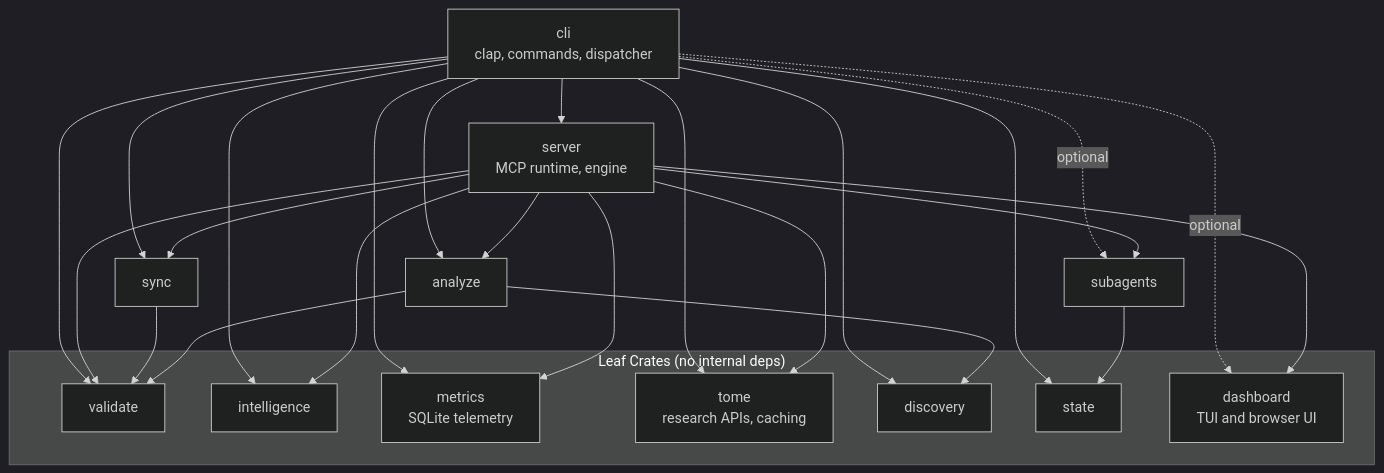
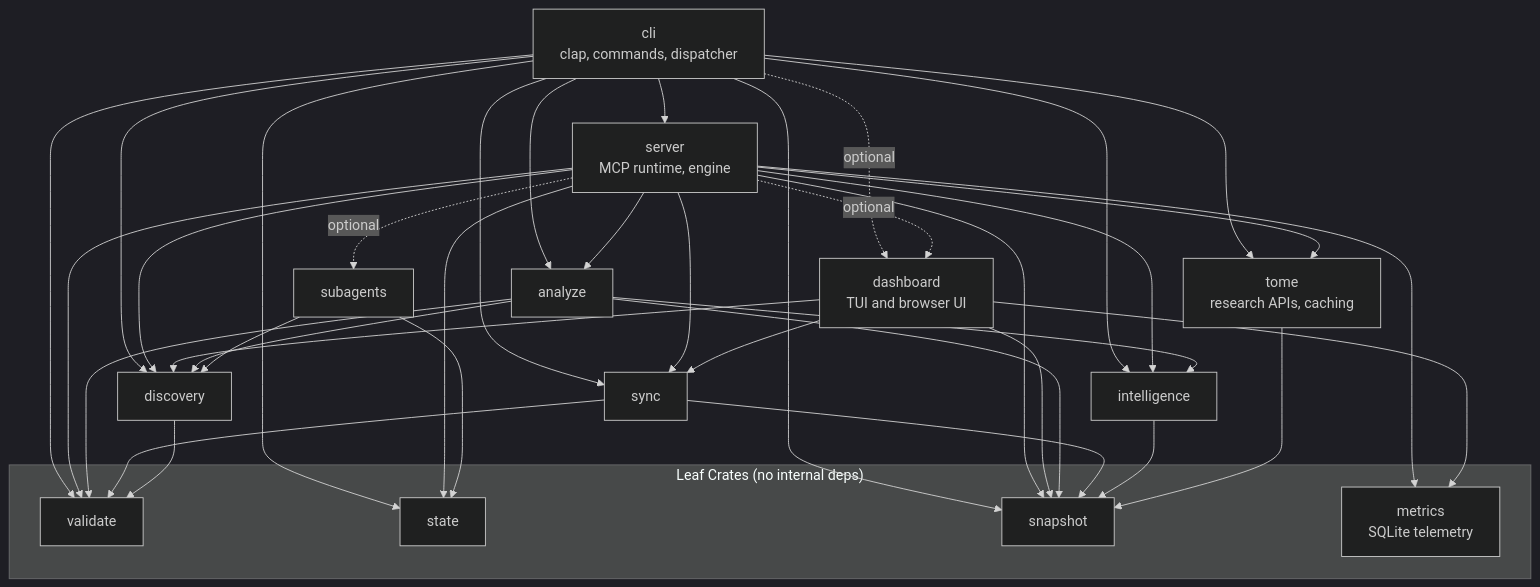
The second of 2 diagrams in docs/architecture.md (athola/skrills), drawn with Mermaid (dark theme) before and after one commit. The commit also changed other lines of this file and 28 other files, not shown here.

First line of the commit message:
fix(discovery,validate): close review findings in shared crates, CI and docs

````diff
--- a/docs/architecture.md
+++ b/docs/architecture.md
@@ -22,29 +25,31 @@
 ```mermaid
 graph TD
     cli[cli<br/>clap, commands, dispatcher] --> server[server<br/>MCP runtime, engine]
     cli --> sync & validate & analyze & intelligence
-    cli --> metrics & tome & discovery & state
-    cli -. optional .-> subagents & dashboard
+    cli --> tome & discovery & state & snapshot
+    cli -. optional .-> dashboard
     server --> sync[sync]
     server --> validate[validate]
     server --> analyze[analyze]
     server --> intelligence[intelligence]
-    server --> subagents[subagents]
-    server --> dashboard[dashboard<br/>TUI and browser UI]
+    server --> discovery[discovery]
     server --> metrics[metrics<br/>SQLite telemetry]
     server --> tome[tome<br/>research APIs, caching]
-    sync --> validate
-    analyze --> validate
-    analyze --> discovery
-    subagents --> state[state]
+    server --> state & snapshot
+    server -. optional .-> subagents[subagents]
+    server -. optional .-> dashboard[dashboard<br/>TUI and browser UI]
+    dashboard --> metrics & discovery & sync & snapshot
+    analyze --> validate & discovery & intelligence & snapshot
+    sync --> validate & snapshot
+    discovery --> validate
+    subagents --> discovery & state
+    intelligence --> snapshot
+    tome --> snapshot
 
     subgraph leaf["Leaf Crates (no internal deps)"]
-        discovery[discovery]
-        intelligence
-        state
         validate
+        state[state]
         metrics
-        dashboard
-        tome
+        snapshot[snapshot]
     end
 ```
````
